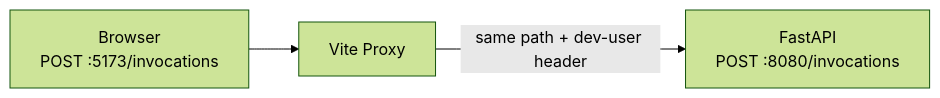
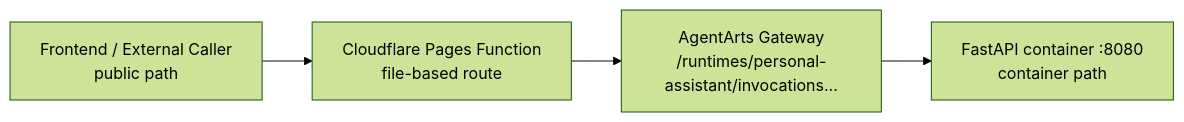
The diagram in personal-assistant-meta/architecture/api.md (T-1009/personal-assistant), drawn with Mermaid (forest theme) before and after one commit. The commit also changed other lines of this file and 1 other file, not shown here.

First line of the commit message:
docs: restructure API path mapping doc to focus on production-only contract with local exceptions clearly separated

````diff
--- a/personal-assistant-meta/architecture/api.md
+++ b/personal-assistant-meta/architecture/api.md
@@ -213,5 +23,6 @@
 ```mermaid
 flowchart LR
-    Browser["Browser<br/>POST :5173/invocations"] --> Vite["Vite Proxy"]
-    Vite -->|"same path + dev-user header"| FastAPI["FastAPI<br/>POST :8080/invocations"]
+    FE["Frontend / External Caller<br/>public path"] --> CF["Cloudflare Pages Function<br/>file-based route"]
+    CF --> GW["AgentArts Gateway<br/>/runtimes/personal-assistant/invocations..."]
+    GW --> BE["FastAPI container :8080<br/>container path"]
 ```
````
